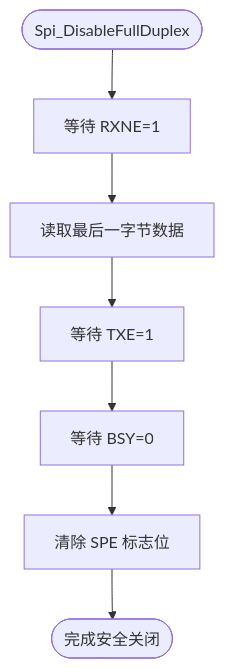
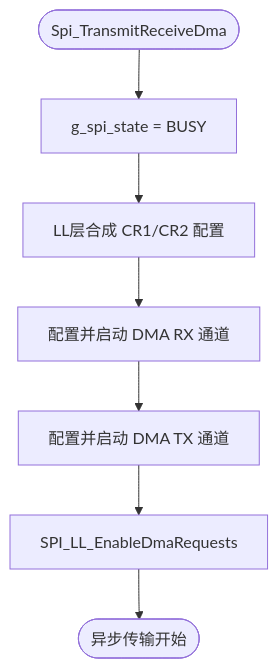
Before and after one commit to magus635/chip-driver-ai: the diagram in src/drivers/Spi/spi_detailed_design.md, drawn with Mermaid. The commit also changed other lines of this file and 60 other files, not shown here.

Commit message:
feat: implement I2C driver, add ADC driver architecture, and refactor CAN and DMA interrupt handlers

````diff
--- a/src/drivers/Spi/spi_detailed_design.md
+++ b/src/drivers/Spi/spi_detailed_design.md
@@ -78,9 +34,9 @@
 ```mermaid
 flowchart TD
-    Start([Spi_DisableFullDuplex]) --> WaitRX[等待 RXNE=1]
-    WaitRX --> ReadLast[读取最后一字节数据]
-    ReadLast --> WaitTXE[等待 TXE=1]
-    WaitTXE --> WaitBSY[等待 BSY=0]
-    WaitBSY --> ClearSPE[清除 SPE 标志位]
-    ClearSPE --> End([完成安全关闭])
+    Start([Spi_TransmitReceiveDma]) --> Lock[g_spi_state = BUSY]
+    Lock --> LL_Cfg[LL层合成 CR1/CR2 配置]
+    LL_Cfg --> DMA_RX[配置并启动 DMA RX 通道]
+    DMA_RX --> DMA_TX[配置并启动 DMA TX 通道]
+    DMA_TX --> SPI_DMA_EN[SPI_LL_EnableDmaRequests]
+    SPI_DMA_EN --> End([异步传输开始])
 ```
````
